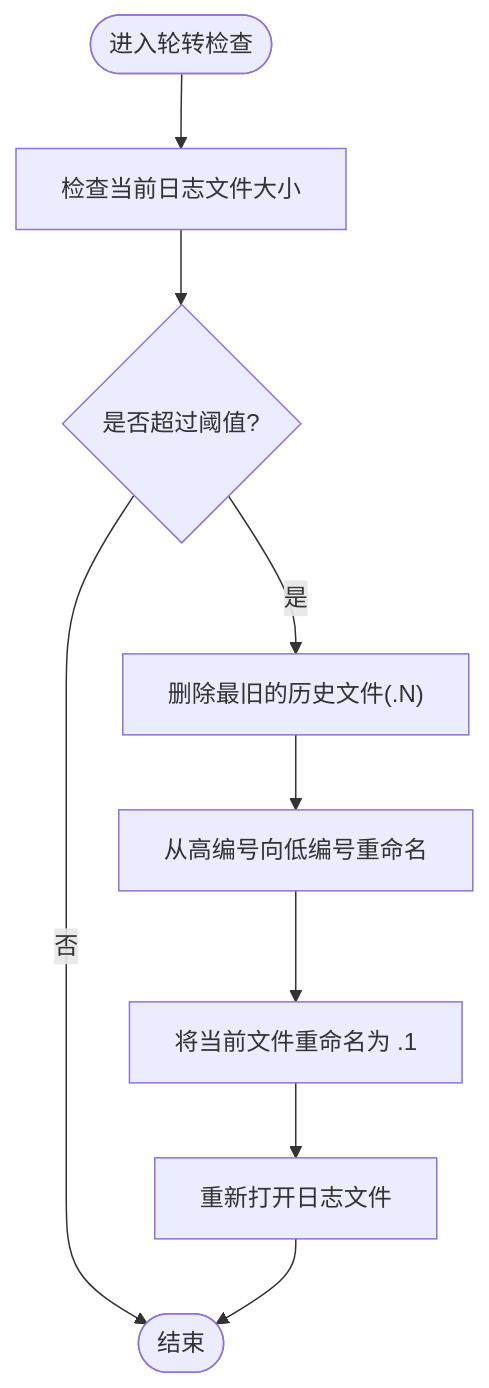
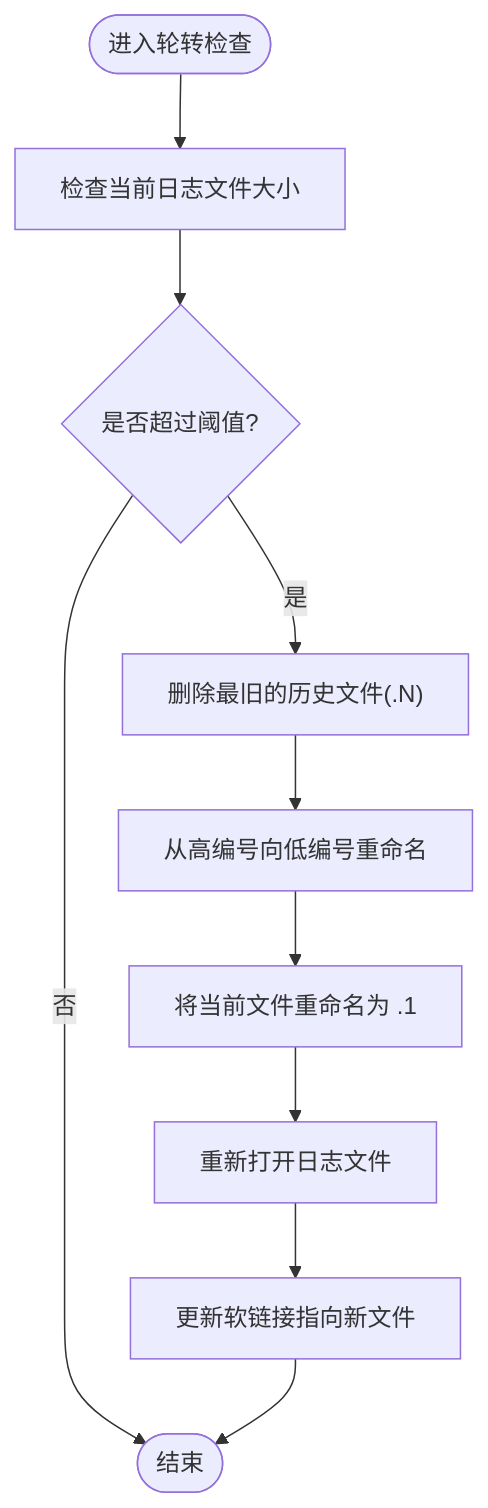
Before and after one commit to Heres1/binanceWebsocket: the fourth of 5 diagrams in .qoder/repowiki/zh/content/基础设施/日志系统.md, drawn with Mermaid. The commit also changed other lines of this file and 8 other files, not shown here.

````diff
--- a/.qoder/repowiki/zh/content/基础设施/日志系统.md
+++ b/.qoder/repowiki/zh/content/基础设施/日志系统.md
@@ -212,11 +209,12 @@
 ```mermaid
 flowchart TD
 Start(["进入轮转检查"]) --> CheckSize["检查当前日志文件大小"]
 CheckSize --> NeedRotate{"是否超过阈值?"}
 NeedRotate --> |否| End(["结束"])
 NeedRotate --> |是| RemoveOld["删除最旧的历史文件(.N)"]
 RemoveOld --> ShiftFiles["从高编号向低编号重命名"]
 ShiftFiles --> BackupMain["将当前文件重命名为 .1"]
 BackupMain --> Reopen["重新打开日志文件"]
-Reopen --> End
+Reopen --> UpdateLink["更新软链接指向新文件"]
+UpdateLink --> End
 ```
````
